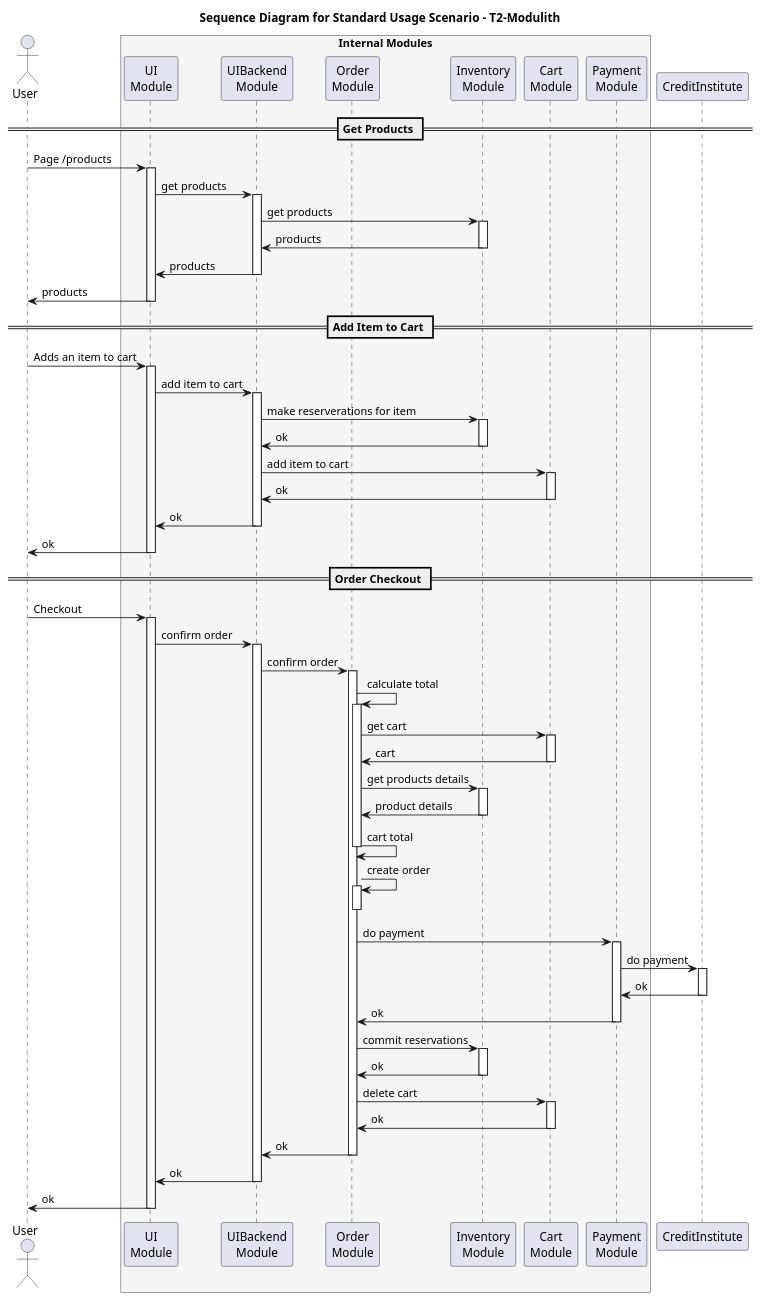
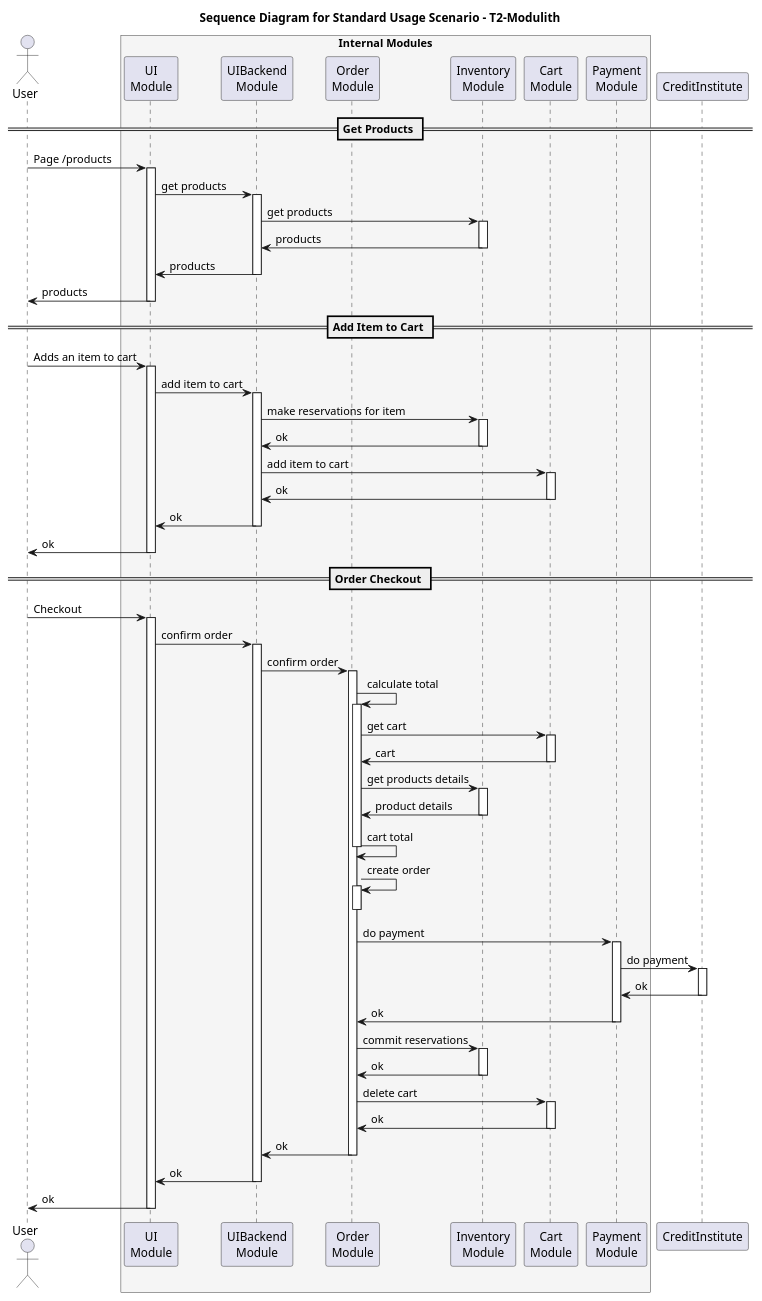
One commit to t2-project/documentation changed the diagram in source/diagrams/sequence-modulith-user.puml. Above: the diagram before and after it, drawn with PlantUML. The commit also changed 9 other files, not shown here.

Commit message:
diagrams improvements

```diff
--- a/source/diagrams/sequence-modulith-user.puml
+++ b/source/diagrams/sequence-modulith-user.puml
@@ -6,60 +6,60 @@
 @startuml sequence-modulith-user
 
 title Sequence Diagram for Standard Usage Scenario - T2-Modulith
 
 actor       "User"            as user
 box "Internal Modules" #WhiteSmoke
 participant "UI\nModule"              as ui
 participant "UIBackend\nModule"       as uibackend
 participant "Order\nModule"           as order
 participant "Inventory\nModule"       as inventory
 participant "Cart\nModule"            as cart
 participant "Payment\nModule"         as payment
 end box
 participant "CreditInstitute" as creditinstitute
 
 == Get Products ==
 
 user -> ui ++ : Page /products
 ui -> uibackend ++ : get products
 uibackend -> inventory ++ : get products
 uibackend <- inventory -- : products
 ui <- uibackend -- : products
 user <- ui -- : products
 
 == Add Item to Cart ==
 
 user -> ui ++ : Adds an item to cart
 ui -> uibackend ++ : add item to cart
-uibackend -> inventory ++ : make reserverations for item
+uibackend -> inventory ++ : make reservations for item
 uibackend <- inventory -- : ok
 uibackend -> cart ++ : add item to cart
 uibackend <- cart -- : ok
 ui <- uibackend -- : ok
 user <- ui -- : ok
 
 == Order Checkout ==
 
 user -> ui ++ : Checkout
 ui -> uibackend ++ : confirm order
 uibackend -> order ++ : confirm order
 order -> order ++ : calculate total
 order -> cart ++ : get cart
 order <- cart -- : cart
 order -> inventory ++ : get products details
 order <- inventory -- : product details
 order -> order -- : cart total
 order -> order ++-- : create order
 order -> payment ++ : do payment
 payment -> creditinstitute ++ : do payment
 payment <- creditinstitute -- : ok
 order <- payment -- : ok
 order -> inventory ++ : commit reservations
 order <- inventory -- : ok
 order -> cart ++ : delete cart
 order <- cart -- : ok
 uibackend <- order -- : ok
 ui <- uibackend -- : ok
 user <- ui -- : ok
 
 @enduml
```
